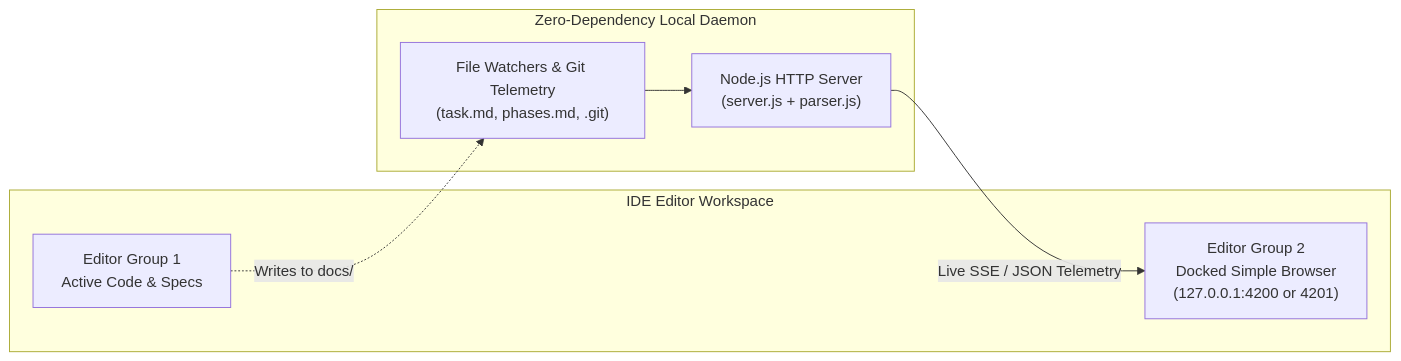
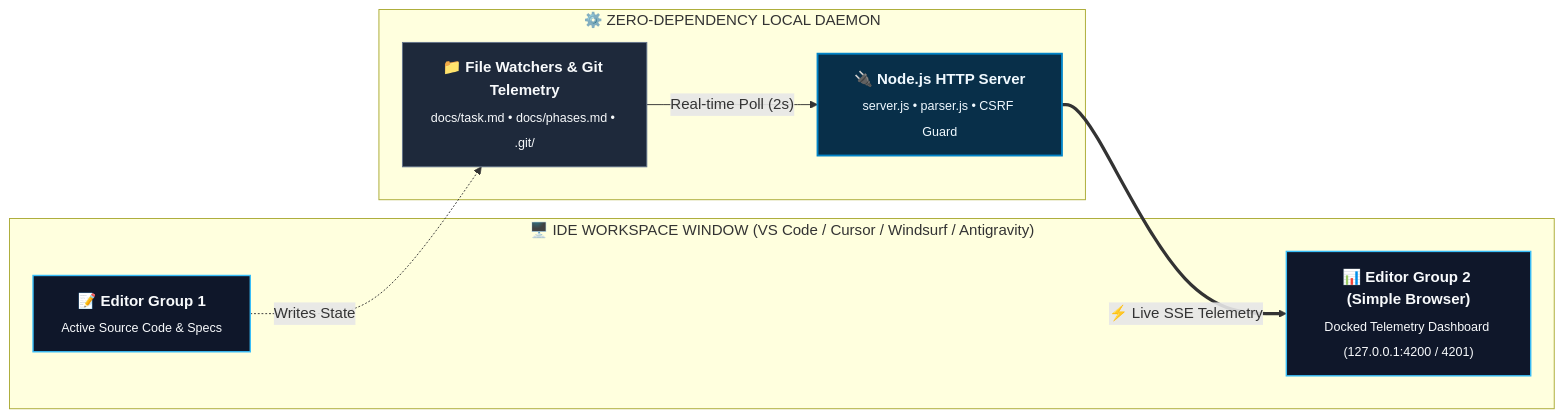
The sixth of 6 diagrams in README.md (rmsofficialsyt/Agentic-AI-Vibe-Coding-AND-SDD-TDD-Codebase-Chandan-Adhikary), drawn with Mermaid before and after one commit. The commit also changed other lines of this file and 23 other files, not shown here.

Commit message:
docs: redesign diagrams to Eraser.io visual style and regenerate MANIFEST.json

````diff
--- a/README.md
+++ b/README.md
@@ -254,16 +275,20 @@
 ```mermaid
 flowchart LR
-    subgraph IDE ["IDE Editor Workspace"]
-        EditorGroup1["Editor Group 1<br/>Active Code & Specs"]
-        EditorGroup2["Editor Group 2<br/>Docked Simple Browser<br/>(127.0.0.1:4200 or 4201)"]
+    classDef client fill:#0f172a,stroke:#38bdf8,stroke-width:1.5px,color:#f8fafc;
+    classDef daemon fill:#082f49,stroke:#0284c7,stroke-width:2px,color:#f0f9ff;
+    classDef store fill:#1e293b,stroke:#64748b,stroke-width:1px,color:#f8fafc;
+
+    subgraph IDEWindow ["🖥️ IDE WORKSPACE WINDOW (VS Code / Cursor / Windsurf / Antigravity)"]
+        EditorGroup1["<b>📝 Editor Group 1</b><br/><sub>Active Source Code & Specs</sub>"]:::client
+        EditorGroup2["<b>📊 Editor Group 2 (Simple Browser)</b><br/><sub>Docked Telemetry Dashboard (127.0.0.1:4200 / 4201)</sub>"]:::client
     end
 
-    subgraph DaemonTier ["Zero-Dependency Local Daemon"]
-        Daemon["Node.js HTTP Server<br/>(server.js + parser.js)"]
-        FileWatchers["File Watchers & Git Telemetry<br/>(task.md, phases.md, .git)"]
+    subgraph DaemonTier ["⚙️ ZERO-DEPENDENCY LOCAL DAEMON"]
+        Daemon["<b>🔌 Node.js HTTP Server</b><br/><sub>server.js • parser.js • CSRF Guard</sub>"]:::daemon
+        FileWatchers["<b>📁 File Watchers & Git Telemetry</b><br/><sub>docs/task.md • docs/phases.md • .git/</sub>"]:::store
     end
 
-    FileWatchers --> Daemon
-    Daemon -->|"Live SSE / JSON Telemetry"| EditorGroup2
-    EditorGroup1 -.->|"Writes to docs/"| FileWatchers
+    FileWatchers -->|"Real-time Poll (2s)"| Daemon
+    Daemon ==>|"⚡ Live SSE Telemetry"| EditorGroup2
+    EditorGroup1 -.->|"Writes State"| FileWatchers
 ```
````
